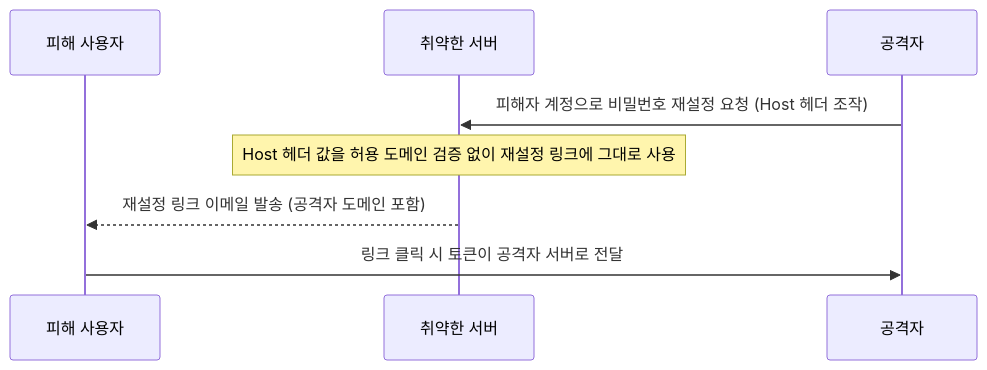
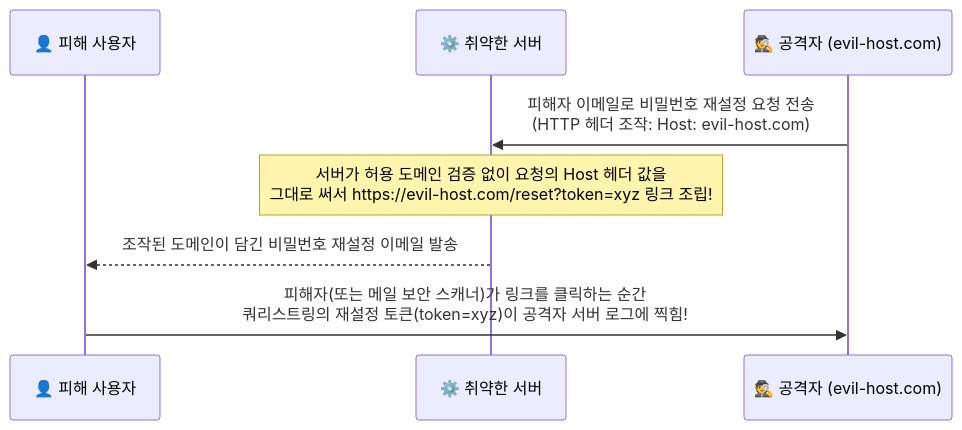
One commit to gooyong-sec/gooyong-sec.github.io changed the second of 2 diagrams in content/웹취약점/웹 취약점 진단 인증편 — 계정 잠금 우회부터 세션 하이재킹까지.md. Above: the diagram before and after it, drawn with Mermaid. The commit also changed other lines of this file and 68 other files, not shown here.

````diff
--- a/content/웹취약점/웹 취약점 진단 인증편 — 계정 잠금 우회부터 세션 하이재킹까지.md
+++ b/content/웹취약점/웹 취약점 진단 인증편 — 계정 잠금 우회부터 세션 하이재킹까지.md
@@ -74,11 +104,11 @@
 ```mermaid
 sequenceDiagram
-    participant V as 피해 사용자
-    participant S as 취약한 서버
-    participant A as 공격자
+    participant V as 👤 피해 사용자
+    participant S as ⚙️ 취약한 서버
+    participant A as 🕵️ 공격자 (evil-host.com)
 
-    A->>S: 피해자 계정으로 비밀번호 재설정 요청 (Host 헤더 조작)
-    Note over S: Host 헤더 값을 허용 도메인 검증 없이 재설정 링크에 그대로 사용
-    S-->>V: 재설정 링크 이메일 발송 (공격자 도메인 포함)
-    V->>A: 링크 클릭 시 토큰이 공격자 서버로 전달
+    A->>S: 피해자 이메일로 비밀번호 재설정 요청 전송<br/>(HTTP 헤더 조작: Host: evil-host.com)
+    Note over S: 서버가 허용 도메인 검증 없이 요청의 Host 헤더 값을<br/>그대로 써서 https://evil-host.com/reset?token=xyz 링크 조립!
+    S-->>V: 조작된 도메인이 담긴 비밀번호 재설정 이메일 발송
+    V->>A: 피해자(또는 메일 보안 스캐너)가 링크를 클릭하는 순간<br/>쿼리스트링의 재설정 토큰(token=xyz)이 공격자 서버 로그에 찍힘!
 ```
````
